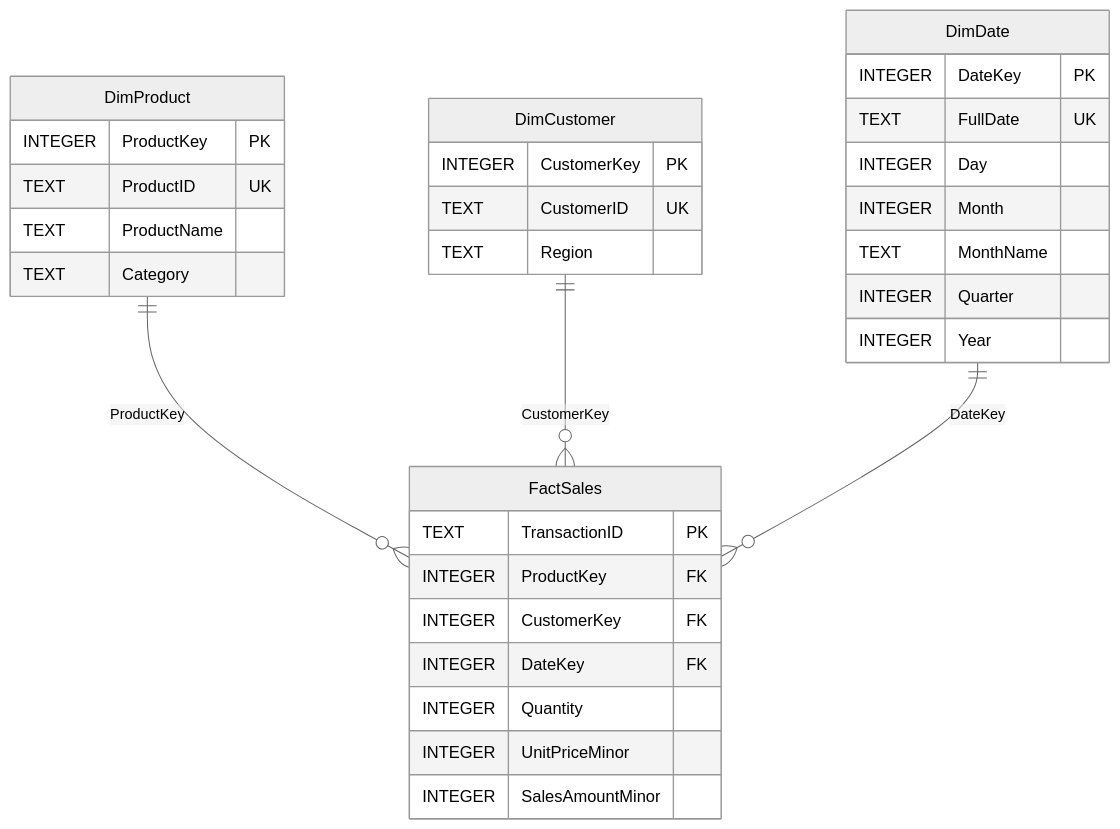
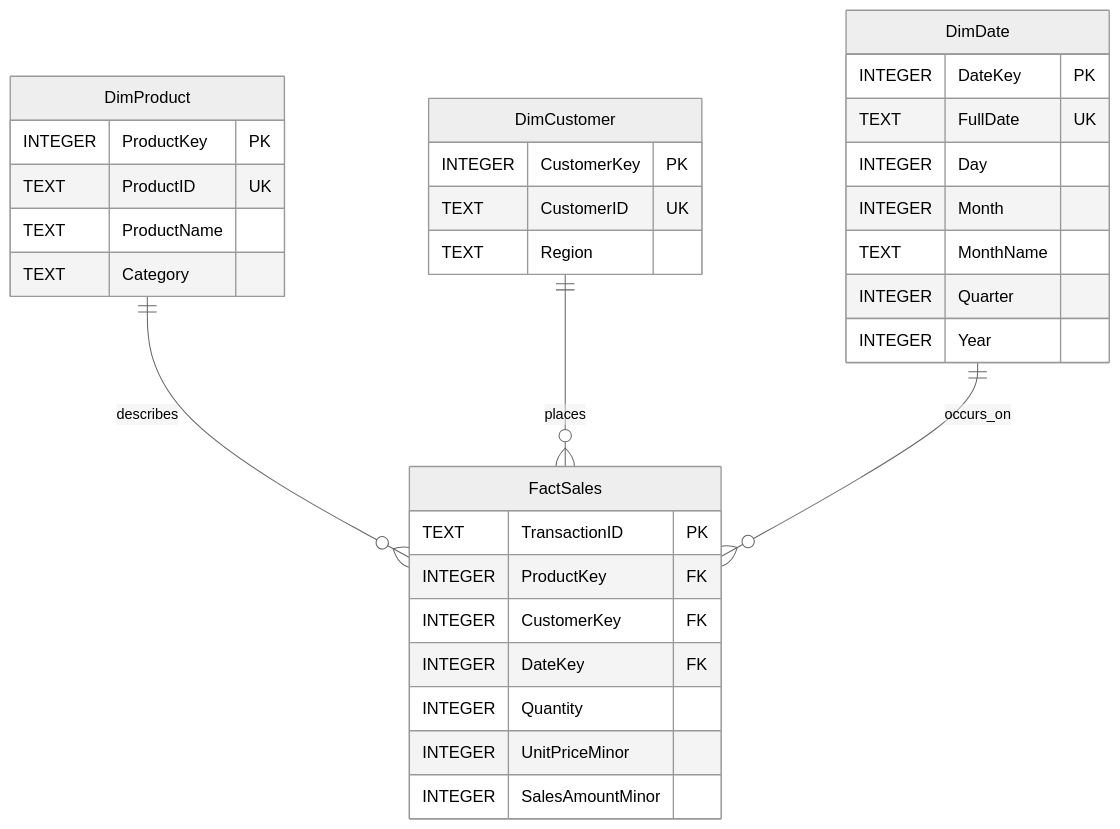
One commit to moabdelkader05/retail-sales-etl changed the second of 2 diagrams in README.md. Above: the diagram before and after it, drawn with Mermaid (neutral theme). The commit also changed other lines of this file, not shown here.

Commit message:
Improve README documentation and diagrams

````diff
--- a/README.md
+++ b/README.md
@@ -147,36 +168,39 @@
 ```mermaid
 erDiagram
-    DimProduct  ||--o{ FactSales : "ProductKey"
-    DimCustomer ||--o{ FactSales : "CustomerKey"
-    DimDate     ||--o{ FactSales : "DateKey"
+    DimProduct ||--o{ FactSales : describes
+    DimCustomer ||--o{ FactSales : places
+    DimDate ||--o{ FactSales : occurs_on
+
+    DimProduct {
+        INTEGER ProductKey PK
+        TEXT ProductID UK
+        TEXT ProductName
+        TEXT Category
+    }
+
+    DimCustomer {
+        INTEGER CustomerKey PK
+        TEXT CustomerID UK
+        TEXT Region
+    }
+
+    DimDate {
+        INTEGER DateKey PK
+        TEXT FullDate UK
+        INTEGER Day
+        INTEGER Month
+        TEXT MonthName
+        INTEGER Quarter
+        INTEGER Year
+    }
 
     FactSales {
         TEXT TransactionID PK
         INTEGER ProductKey FK
         INTEGER CustomerKey FK
         INTEGER DateKey FK
         INTEGER Quantity
         INTEGER UnitPriceMinor
         INTEGER SalesAmountMinor
     }
-    DimProduct {
-        INTEGER ProductKey PK
-        TEXT ProductID UK
-        TEXT ProductName
-        TEXT Category
-    }
-    DimCustomer {
-        INTEGER CustomerKey PK
-        TEXT CustomerID UK
-        TEXT Region
-    }
-    DimDate {
-        INTEGER DateKey PK
-        TEXT FullDate UK
-        INTEGER Day
-        INTEGER Month
-        TEXT MonthName
-        INTEGER Quarter
-        INTEGER Year
-    }
 ```
````
